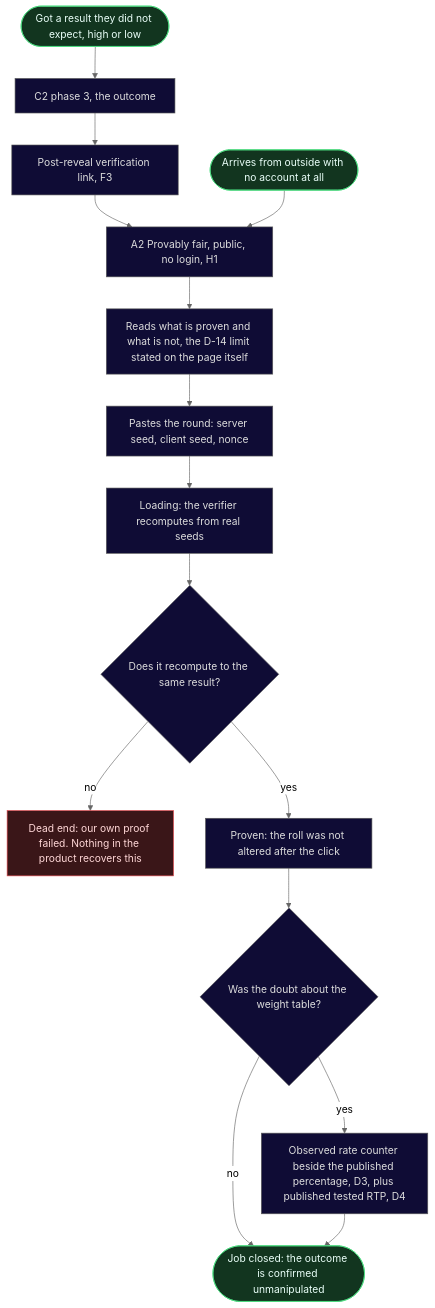
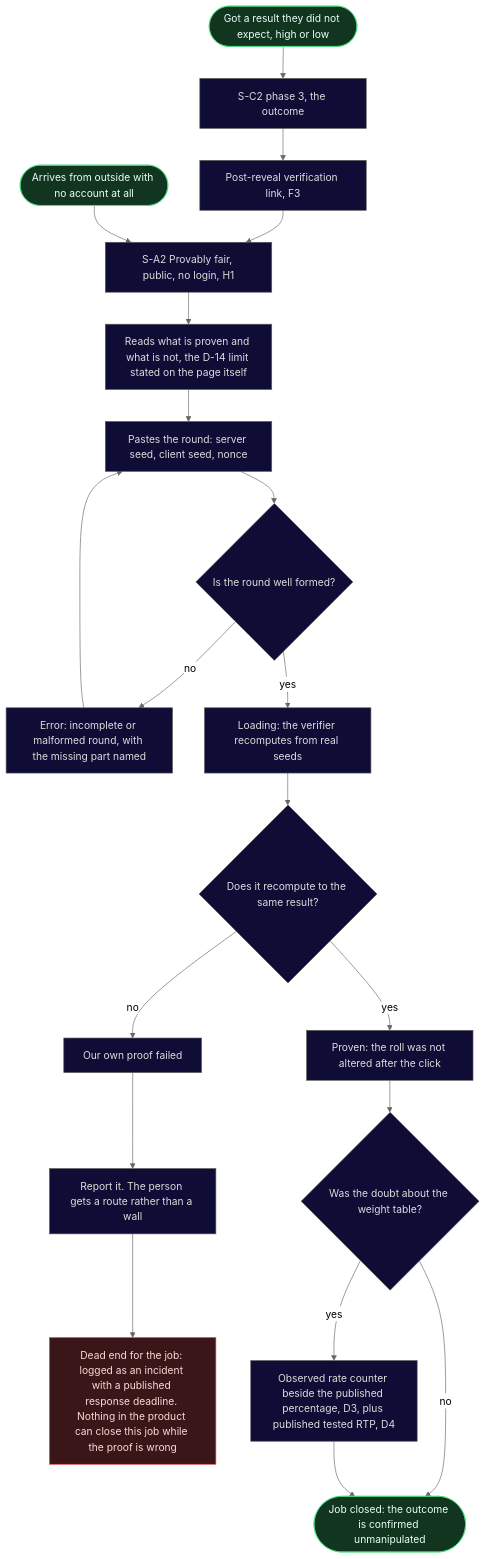
Before and after one commit to sergiodesign4u-dot/cs2-clutch: the fifth of 5 diagrams in ia/docs/flows.md, drawn with Mermaid (neutral theme). The commit also changed other lines of this file and 4 other files, not shown here.

````diff
--- a/ia/docs/flows.md
+++ b/ia/docs/flows.md
@@ -172,24 +222,29 @@
 ```mermaid
 flowchart TD
-    V0(["Got a result they did not expect, high or low"]) --> Out2["C2 phase 3, the outcome"]
+    V0(["Got a result they did not expect, high or low"]) --> Out2["S-C2 phase 3, the outcome"]
     Out2 --> Link["Post-reveal verification link, F3"]
-    Link --> PF["A2 Provably fair, public, no login, H1"]
+    Link --> PF["S-A2 Provably fair, public, no login, H1"]
     V1(["Arrives from outside with no account at all"]) --> PF
     PF --> Explain["Reads what is proven and what is not, the D-14 limit stated on the page itself"]
     Explain --> Verify["Pastes the round: server seed, client seed, nonce"]
-    Verify --> Compute["Loading: the verifier recomputes from real seeds"]
+    Verify --> Wellformed{"Is the round well formed?"}
+    Wellformed -->|no| BadInput["Error: incomplete or malformed round, with the missing part named"]
+    BadInput --> Verify
+    Wellformed -->|yes| Compute["Loading: the verifier recomputes from real seeds"]
     Compute --> Match{"Does it recompute to the same result?"}
-    Match -->|no| Broken["Dead end: our own proof failed. Nothing in the product recovers this"]
+    Match -->|no| Broken["Our own proof failed"]
+    Broken --> Report["Report it. The person gets a route rather than a wall"]
+    Report --> Incident["Dead end for the job: logged as an incident with a published response deadline. Nothing in the product can close this job while the proof is wrong"]
     Match -->|yes| Proven["Proven: the roll was not altered after the click"]
     Proven --> Doubt{"Was the doubt about the weight table?"}
     Doubt -->|no| Closed(["Job closed: the outcome is confirmed unmanipulated"])
     Doubt -->|yes| Counter["Observed rate counter beside the published percentage, D3, plus published tested RTP, D4"]
     Counter --> Closed
 
     classDef success fill:#12351f,stroke:#4ade80,color:#eafff9;
     classDef dead fill:#3a1618,stroke:#e5484d,color:#ffd7d7;
     classDef neutral fill:#0f0c35,stroke:#5a5a5a,color:#dddddd;
     class V0,V1,Closed success;
-    class Broken dead;
-    class Out2,Link,PF,Explain,Verify,Compute,Match,Proven,Doubt,Counter neutral;
+    class Incident dead;
+    class Out2,Link,PF,Explain,Verify,Wellformed,BadInput,Compute,Match,Broken,Report,Proven,Doubt,Counter neutral;
 ```
````
